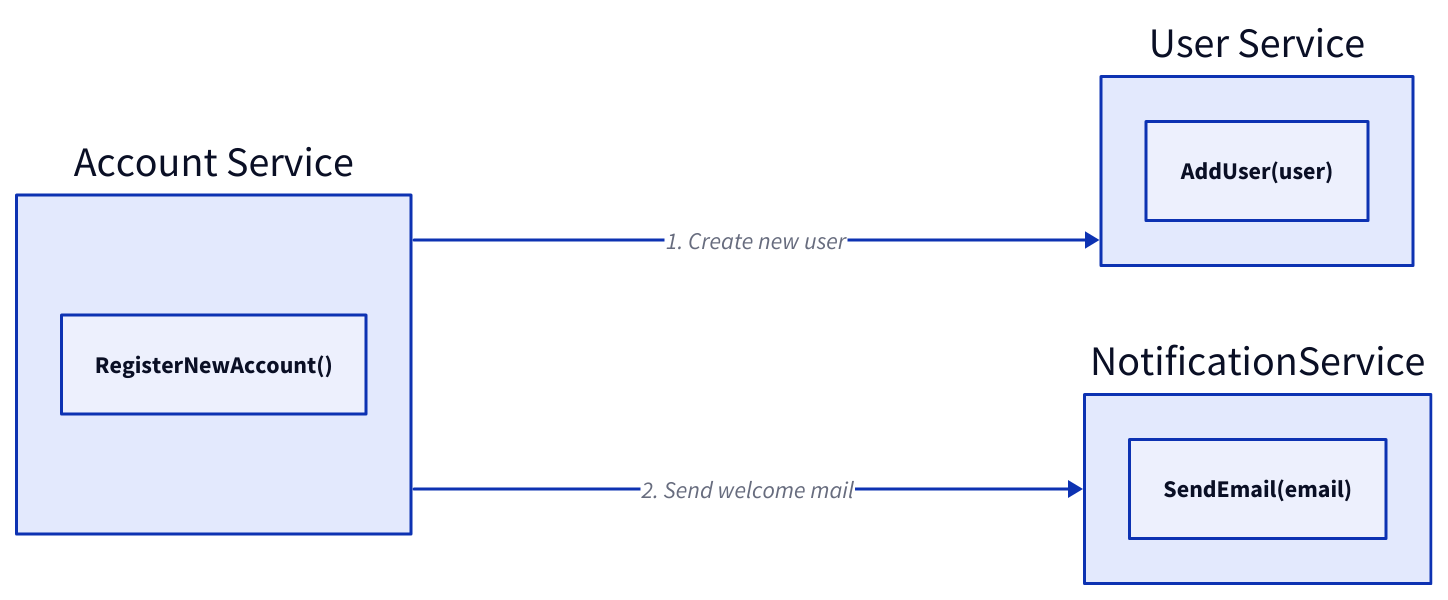
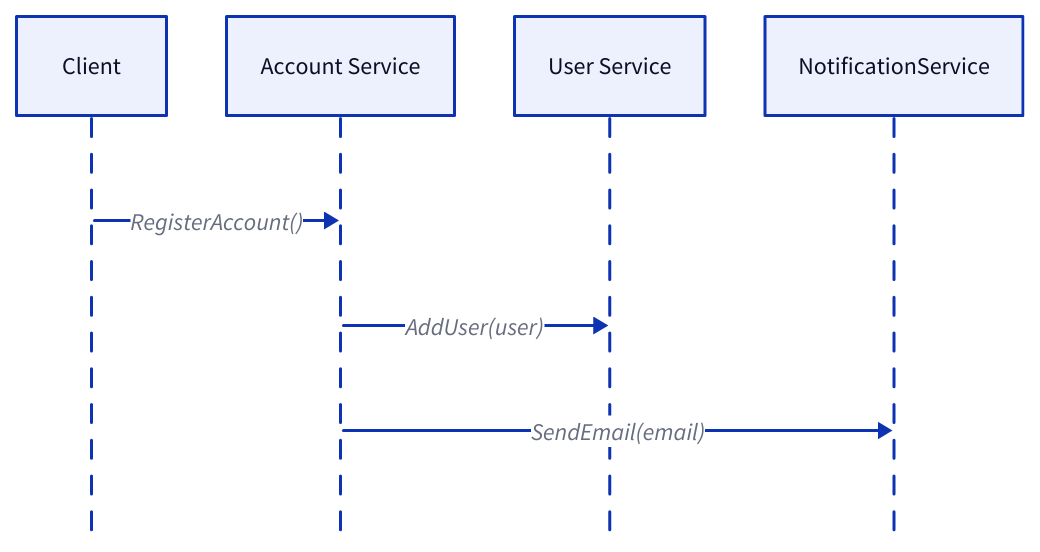
The fifth of 6 diagrams in content/docs/design-patterns/event-driven-architecture/_index.md (link1905/system-design-101), drawn with D2 before and after one commit. The commit also changed other lines of this file and 11 other files, not shown here.

````diff
--- a/content/docs/design-patterns/event-driven-architecture/_index.md
+++ b/content/docs/design-patterns/event-driven-architecture/_index.md
@@ -112,14 +118,18 @@
 ```d2
-direction: right
+shape: sequence_diagram
+c: Client {
+    class: client
+}
 a: Account Service {
-    "RegisterNewAccount()"
+    class: server
 }
 u: User Service {
-    "AddUser(user)"
+    class: server
 }
 n: NotificationService {
-    "SendEmail(email)"
+    class: server
 }
-a -> u: 1. Create new user
-a -> n: 2. Send welcome mail
+c -> a: "RegisterAccount()"
+a -> u: "AddUser(user)"
+a -> n: "SendEmail(email)"
 ```
````
